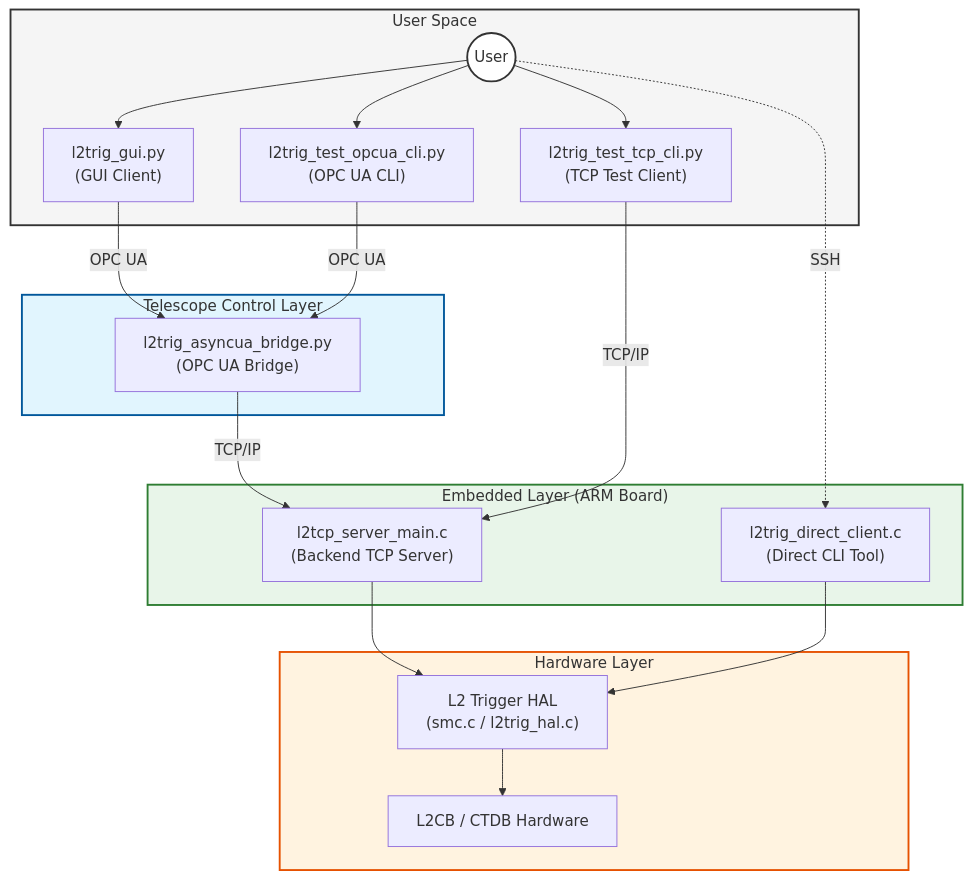
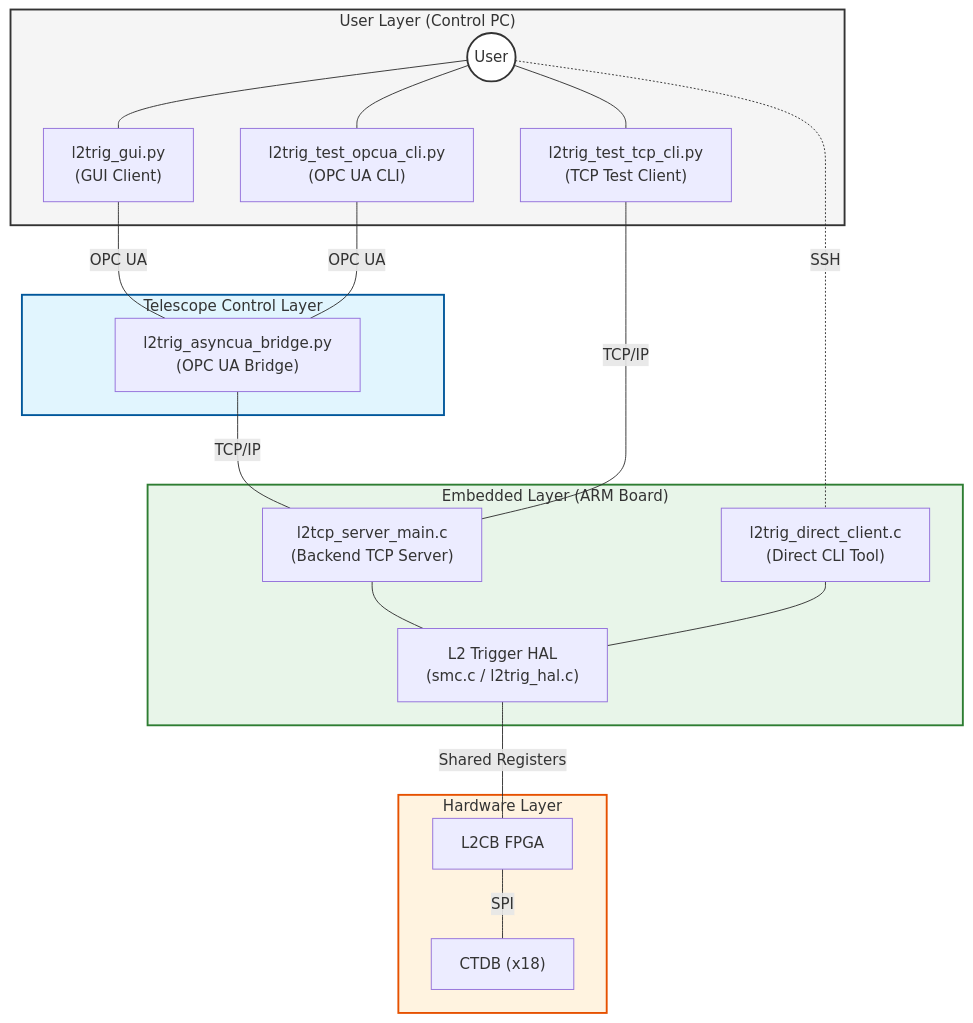
One commit to sfegan/nectarcam_dtc_opcua changed the diagram in assets/README.md. Above: the diagram before and after it, drawn with Mermaid. The commit also changed other lines of this file and 1 other file, not shown here.

Commit message:
Update flowchart

````diff
--- a/assets/README.md
+++ b/assets/README.md
@@ -9,44 +9,47 @@
 ```mermaid
 graph TD
-    subgraph UserSpace ["User Space"]
+    subgraph UserLayer ["User Layer (Control PC)"]
         User((User))
         GUI["l2trig_gui.py<br/>(GUI Client)"]
         OPC_CLI["l2trig_test_opcua_cli.py<br/>(OPC UA CLI)"]
         TCP_CLI["l2trig_test_tcp_cli.py<br/>(TCP Test Client)"]
     end
 
     subgraph ControlLayer ["Telescope Control Layer"]
         Bridge["l2trig_asyncua_bridge.py<br/>(OPC UA Bridge)"]
     end
 
     subgraph EmbeddedLayer ["Embedded Layer (ARM Board)"]
         Backend["l2tcp_server_main.c<br/>(Backend TCP Server)"]
         DirectCLI["l2trig_direct_client.c<br/>(Direct CLI Tool)"]
+        HAL["L2 Trigger HAL<br/>(smc.c / l2trig_hal.c)"]
     end
 
     subgraph HardwareLayer ["Hardware Layer"]
-        HAL["L2 Trigger HAL<br/>(smc.c / l2trig_hal.c)"]
-        HW["L2CB / CTDB Hardware"]
+        L2CB["L2CB FPGA"]
+        CTDB["CTDB (x18)"]
     end
 
-    User --> GUI
-    User --> OPC_CLI
-    User --> TCP_CLI
-    User -.->|SSH| DirectCLI
+    User --- GUI
+    User --- OPC_CLI
+    User --- TCP_CLI
+    User -.-|SSH| DirectCLI
 
-    GUI -->|OPC UA| Bridge
-    OPC_CLI -->|OPC UA| Bridge
-    Bridge -->|TCP/IP| Backend
-    TCP_CLI -->|TCP/IP| Backend
+    GUI ---|OPC UA| Bridge
+    OPC_CLI ---|OPC UA| Bridge
+    Bridge ---|TCP/IP| Backend
+    TCP_CLI ---|TCP/IP| Backend
 
-    Backend --> HAL
-    DirectCLI --> HAL
-    HAL --> HW
+    Backend --- HAL
+    DirectCLI --- HAL
+    
+    HAL ---|Shared Registers| L2CB
+    L2CB ---|SPI| CTDB
 
     %% Styling
-    style UserSpace fill:#f5f5f5,stroke:#333,stroke-width:2px
+    style UserLayer fill:#f5f5f5,stroke:#333,stroke-width:2px
     style ControlLayer fill:#e1f5fe,stroke:#01579b,stroke-width:2px
     style EmbeddedLayer fill:#e8f5e9,stroke:#2e7d32,stroke-width:2px
     style HardwareLayer fill:#fff3e0,stroke:#e65100,stroke-width:2px
     style User fill:#ffffff,stroke:#333,stroke-width:2px
 ```
````
